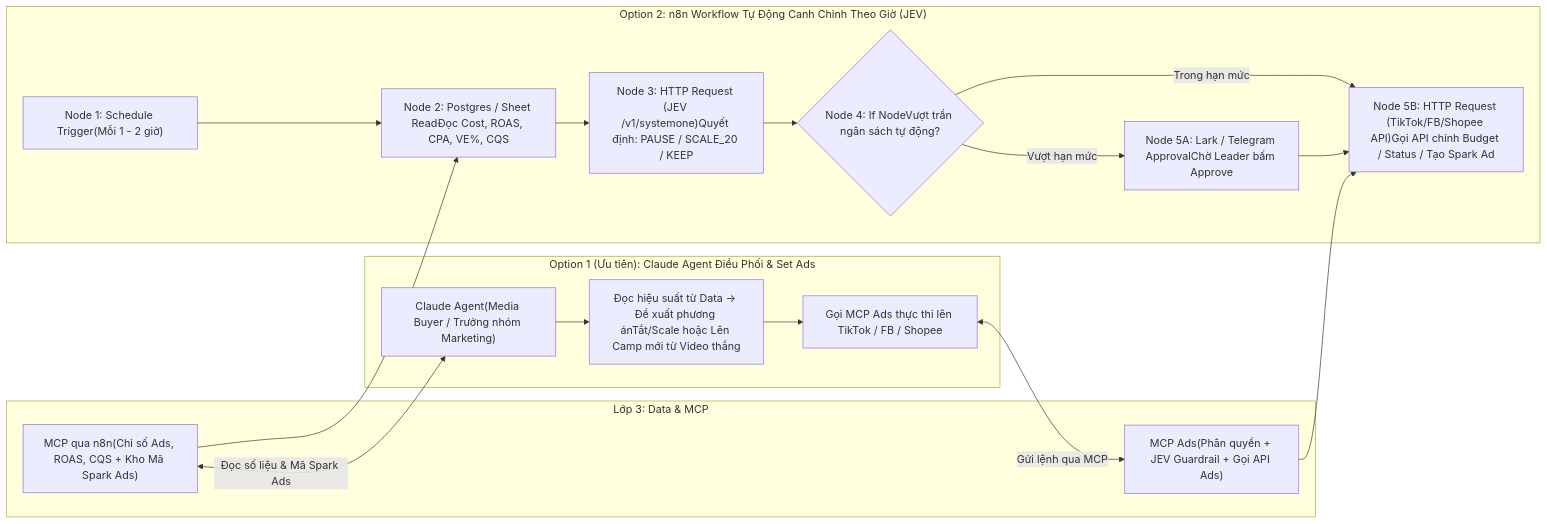
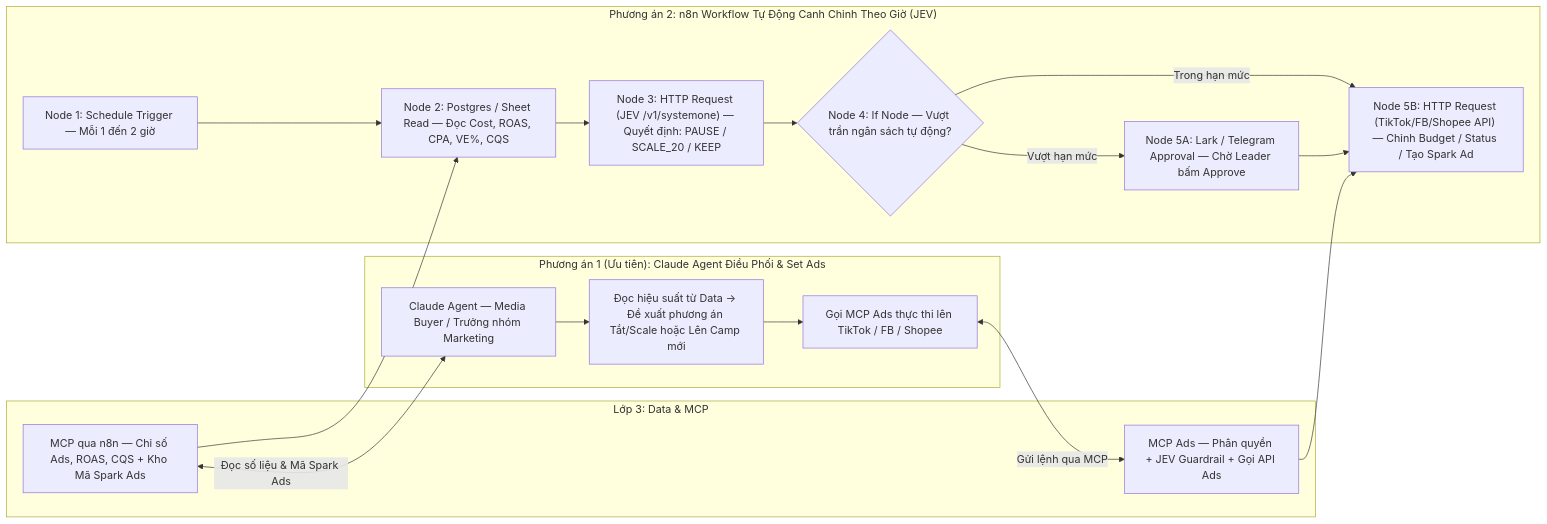
One commit to hattorimkk/api-docs changed diagram 11 of 17 in SYSTEM_ARCHITECTURE.md. Above: the diagram before and after it, drawn with Mermaid. The commit also changed other lines of this file, not shown here.

````diff
--- a/SYSTEM_ARCHITECTURE.md
+++ b/SYSTEM_ARCHITECTURE.md
@@ -661,32 +836,32 @@
 ```mermaid
 flowchart LR
-    subgraph L3_ADS["Lớp 3: Data & MCP"]
-        A_DATA["MCP qua n8n(Chỉ số Ads, ROAS, CQS + Kho Mã Spark Ads)"]
-        A_MCP["MCP Ads(Phân quyền + JEV Guardrail + Gọi API Ads)"]
+    subgraph L3_3B["Lớp 3: Data & MCP"]
+        A_DATA["MCP qua n8n — Chỉ số Ads, ROAS, CQS + Kho Mã Spark Ads"]
+        A_MCP["MCP Ads — Phân quyền + JEV Guardrail + Gọi API Ads"]
     end
 
-    subgraph OPT1_ADS["Option 1 (Ưu tiên): Claude Agent Điều Phối & Set Ads"]
-        CLAUDE_A["Claude Agent(Media Buyer / Trưởng nhóm Marketing)"]
-        DECIDE_A["Đọc hiệu suất từ Data -> Đề xuất phương ánTắt/Scale hoặc Lên Camp mới từ Video thắng"]
-        EXEC_A["Gọi MCP Ads thực thi lên TikTok / FB / Shopee"]
-        CLAUDE_A --> DECIDE_A --> EXEC_A
+    subgraph OPT1_3B["Phương án 1 (Ưu tiên): Claude Agent Điều Phối & Set Ads"]
+        CLAUDE_3B["Claude Agent — Media Buyer / Trưởng nhóm Marketing"]
+        DECIDE_3B["Đọc hiệu suất từ Data -> Đề xuất phương án Tắt/Scale hoặc Lên Camp mới"]
+        EXEC_3B["Gọi MCP Ads thực thi lên TikTok / FB / Shopee"]
+        CLAUDE_3B --> DECIDE_3B --> EXEC_3B
     end
 
-    subgraph OPT2_ADS["Option 2: n8n Workflow Tự Động Canh Chỉnh Theo Giờ (JEV)"]
-        NA1["Node 1: Schedule Trigger(Mỗi 1 - 2 giờ)"]
-        NA2["Node 2: Postgres / Sheet ReadĐọc Cost, ROAS, CPA, VE%, CQS"]
-        NA3["Node 3: HTTP Request (JEV /v1/systemone)Quyết định: PAUSE / SCALE_20 / KEEP"]
-        NA4{"Node 4: If NodeVượt trần ngân sách tự động?"}
-        NA5["Node 5A: Lark / Telegram ApprovalChờ Leader bấm Approve"]
-        NA6["Node 5B: HTTP Request (TikTok/FB/Shopee API)Gọi API chỉnh Budget / Status / Tạo Spark Ad"]
-        NA1 --> NA2 --> NA3 --> NA4
-        NA4 -->|"Trong hạn mức"| NA6
-        NA4 -->|"Vượt hạn mức"| NA5 --> NA6
+    subgraph OPT2_3B["Phương án 2: n8n Workflow Tự Động Canh Chỉnh Theo Giờ (JEV)"]
+        NA_1["Node 1: Schedule Trigger — Mỗi 1 đến 2 giờ"]
+        NA_2["Node 2: Postgres / Sheet Read — Đọc Cost, ROAS, CPA, VE%, CQS"]
+        NA_3["Node 3: HTTP Request (JEV /v1/systemone) — Quyết định: PAUSE / SCALE_20 / KEEP"]
+        NA_4{"Node 4: If Node — Vượt trần ngân sách tự động?"}
+        NA_5["Node 5A: Lark / Telegram Approval — Chờ Leader bấm Approve"]
+        NA_6["Node 5B: HTTP Request (TikTok/FB/Shopee API) — Chỉnh Budget / Status / Tạo Spark Ad"]
+        NA_1 --> NA_2 --> NA_3 --> NA_4
+        NA_4 -->|"Trong hạn mức"| NA_6
+        NA_4 -->|"Vượt hạn mức"| NA_5 --> NA_6
     end
 
-    A_DATA <-->|"Đọc số liệu & Mã Spark Ads"| CLAUDE_A
-    EXEC_A <-->|"Gửi lệnh qua MCP"| A_MCP
+    A_DATA <-->|"Đọc số liệu & Mã Spark Ads"| CLAUDE_3B
+    EXEC_3B <-->|"Gửi lệnh qua MCP"| A_MCP
 
-    A_DATA --> NA2
-    A_MCP --> NA6
+    A_DATA --> NA_2
+    A_MCP --> NA_6
 ```
````
